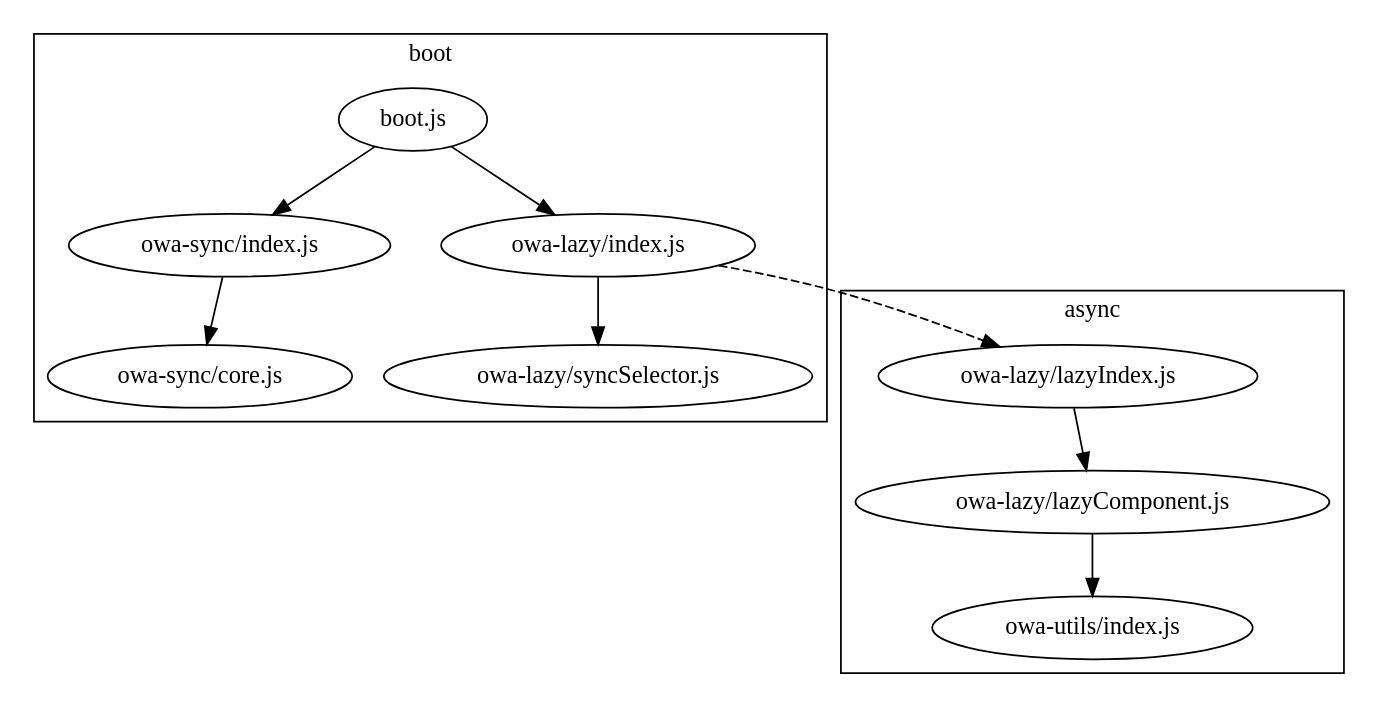
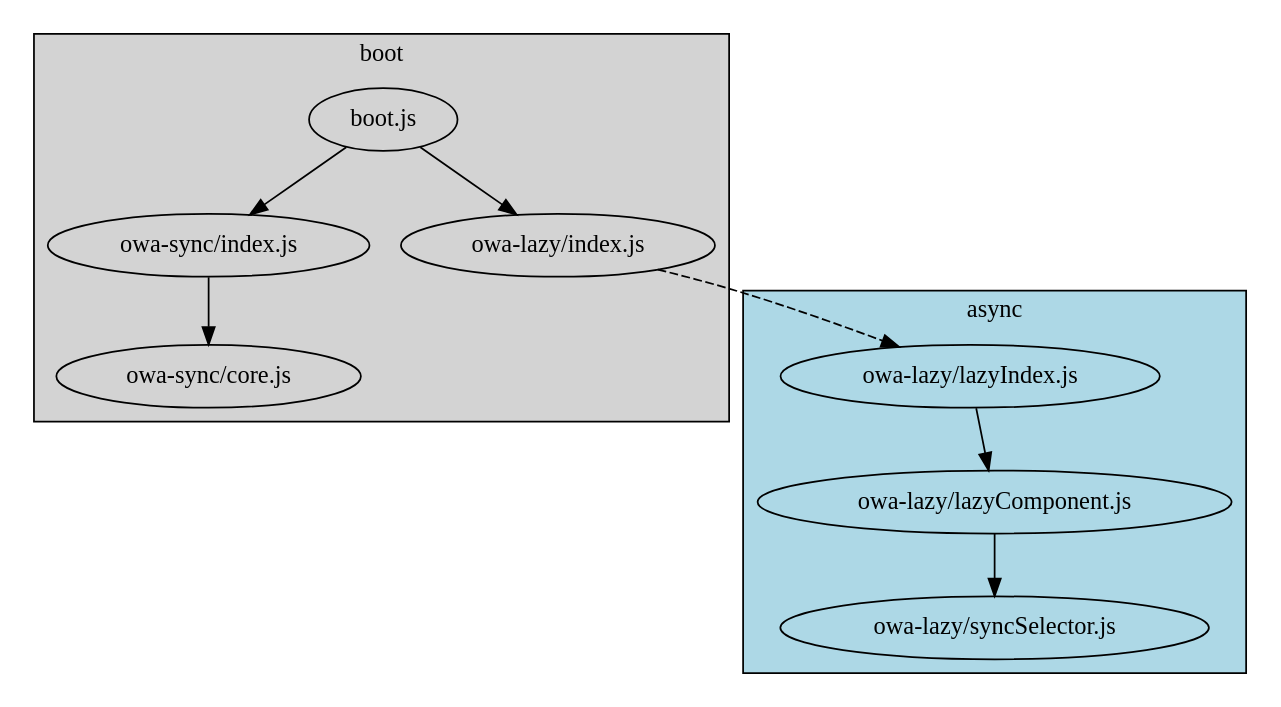
Before and after one commit to MLoughry/webpack-talk: the diagram in graphs/simple-code-split.dot, drawn with Graphviz.

Commit message:
dotfile tweaks

```diff
--- a/graphs/simple-code-split.dot
+++ b/graphs/simple-code-split.dot
@@ -1,24 +1,28 @@
 digraph G {
+  edge [fontsize=8]
+
   a [label="boot.js"]
   b_0 [label="owa-sync/index.js"]
   b_1 [label="owa-sync/core.js"]
   c_0 [label="owa-lazy/index.js"]
   c_1 [label="owa-lazy/lazyIndex.js"]
   c_2 [label="owa-lazy/lazyComponent.js"]
   c_3 [label="owa-lazy/syncSelector.js"]
-  d_0 [label="owa-utils/index.js"]
 
   subgraph cluster_0 {
       label="boot"
+      bgcolor=lightgrey
       a -> b_0 -> b_1
-      a -> c_0 -> c_3 
-    //   c_3 -> d_0
+      a -> c_0
+    //   c_0 -> c_3 [label="&nbsp;Not used in boot"]
   }
 
   subgraph cluster_1 {
       label="async"
-      c_1 -> c_2 -> d_0
+      bgcolor=lightblue
+      c_1 -> c_2
+      c_2 -> c_3
   }
 
   c_0 -> c_1 [style=dashed]
 }
```
